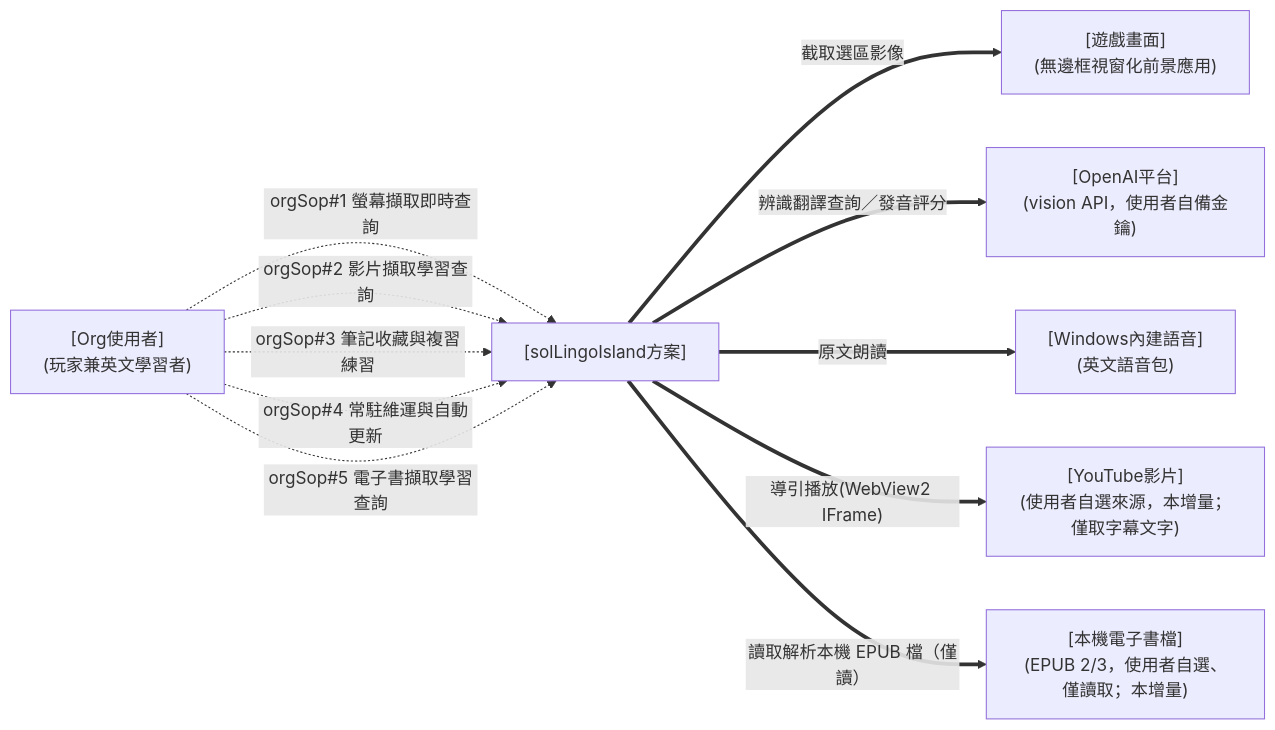
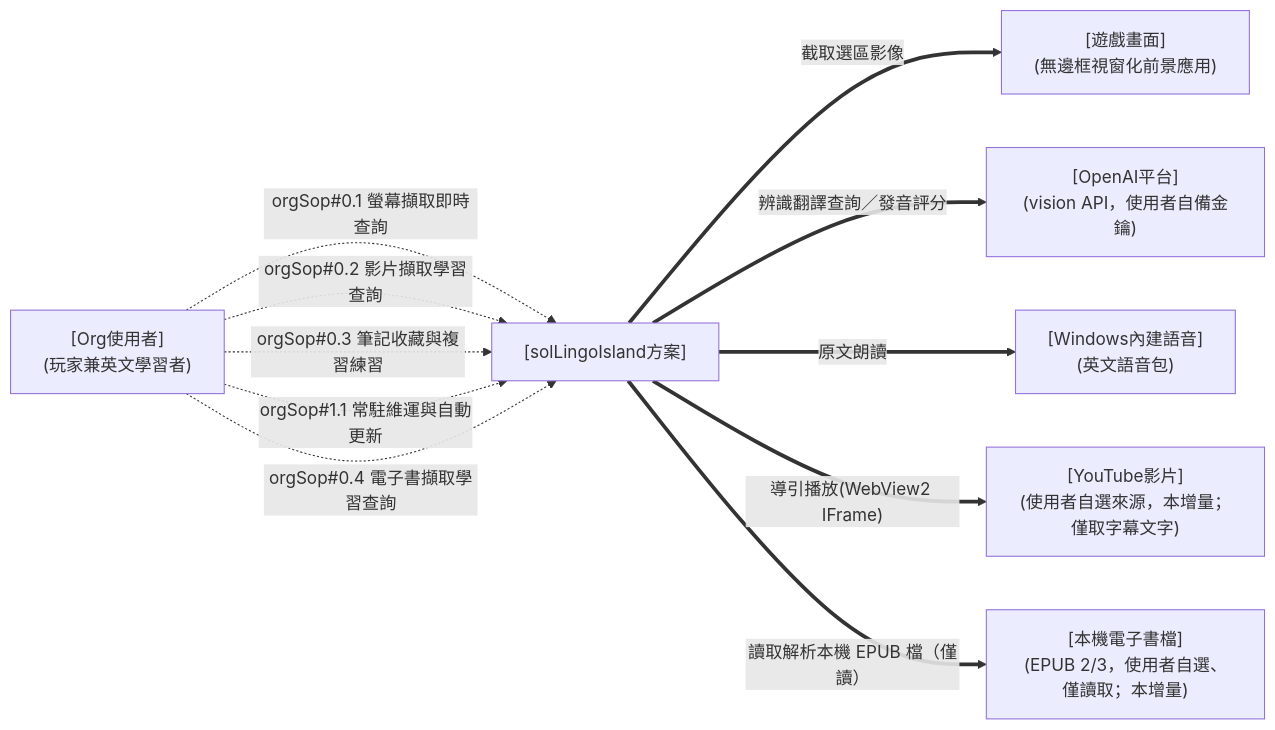
One commit to twStellarWhale-Ocean/solLingoIsland changed the first of 6 diagrams in docs/design.md. Above: the diagram before and after it, drawn with Mermaid. The commit also changed other lines of this file and 12 other files, not shown here.

````diff
--- a/docs/design.md
+++ b/docs/design.md
@@ -33,22 +35,22 @@
 ```mermaid
 flowchart LR
 
 USR["[Org使用者]<br/>(玩家兼英文學習者)"]
 GAME["[遊戲畫面]<br/>(無邊框視窗化前景應用)"]
 SOL["[solLingoIsland方案]"]
 OPENAI["[OpenAI平台]<br/>(vision API，使用者自備金鑰)"]
 SPEECH["[Windows內建語音]<br/>(英文語音包)"]
 YT["[YouTube影片]<br/>(使用者自選來源，本增量；僅取字幕文字)"]
 EBOOK["[本機電子書檔]<br/>(EPUB 2/3，使用者自選、僅讀取；本增量)"]
 
-USR -.->|"orgSop#1 螢幕擷取即時查詢"| SOL
-USR -.->|"orgSop#2 影片擷取學習查詢"| SOL
-USR -.->|"orgSop#3 筆記收藏與複習練習"| SOL
-USR -.->|"orgSop#4 常駐維運與自動更新"| SOL
-USR -.->|"orgSop#5 電子書擷取學習查詢"| SOL
+USR -.->|"orgSop#0.1 螢幕擷取即時查詢"| SOL
+USR -.->|"orgSop#0.2 影片擷取學習查詢"| SOL
+USR -.->|"orgSop#0.3 筆記收藏與複習練習"| SOL
+USR -.->|"orgSop#1.1 常駐維運與自動更新"| SOL
+USR -.->|"orgSop#0.4 電子書擷取學習查詢"| SOL
 SOL ==>|"截取選區影像"| GAME
 SOL ==>|"辨識翻譯查詢／發音評分"| OPENAI
 SOL ==>|"原文朗讀"| SPEECH
 SOL ==>|"導引播放(WebView2 IFrame)"| YT
 SOL ==>|"讀取解析本機 EPUB 檔（僅讀）"| EBOOK
 ```
````
